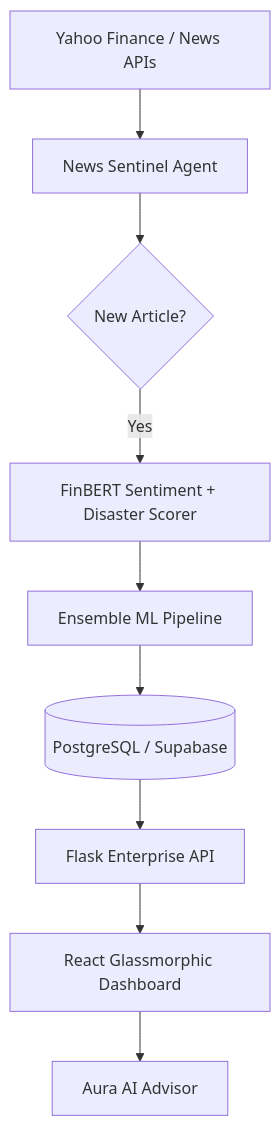
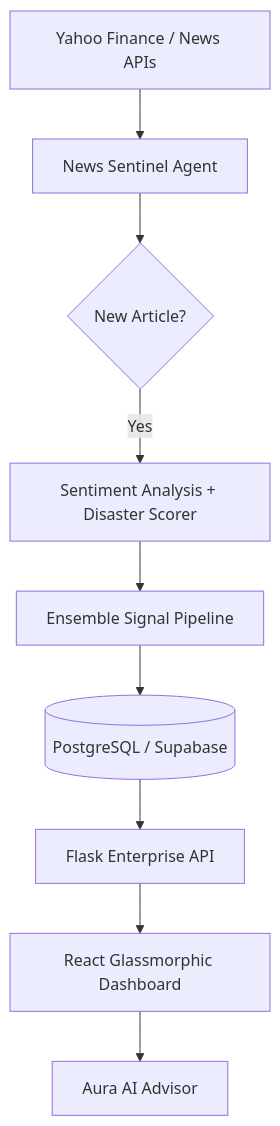
Before and after one commit to akshithnallaginnela/Aura-Finance: the diagram in README.md, drawn with Mermaid. The commit also changed other lines of this file and 8 other files, not shown here.

````diff
--- a/README.md
+++ b/README.md
@@ -177,11 +177,11 @@
 ```mermaid
 graph TD
     A[Yahoo Finance / News APIs] --> B[News Sentinel Agent]
     B --> C{New Article?}
-    C -- Yes --> D[FinBERT Sentiment + Disaster Scorer]
-    D --> E[Ensemble ML Pipeline]
+    C -- Yes --> D[Sentiment Analysis + Disaster Scorer]
+    D --> E[Ensemble Signal Pipeline]
     E --> F[(PostgreSQL / Supabase)]
     F --> G[Flask Enterprise API]
     G --> H[React Glassmorphic Dashboard]
     H --> I[Aura AI Advisor]
 ```
````
